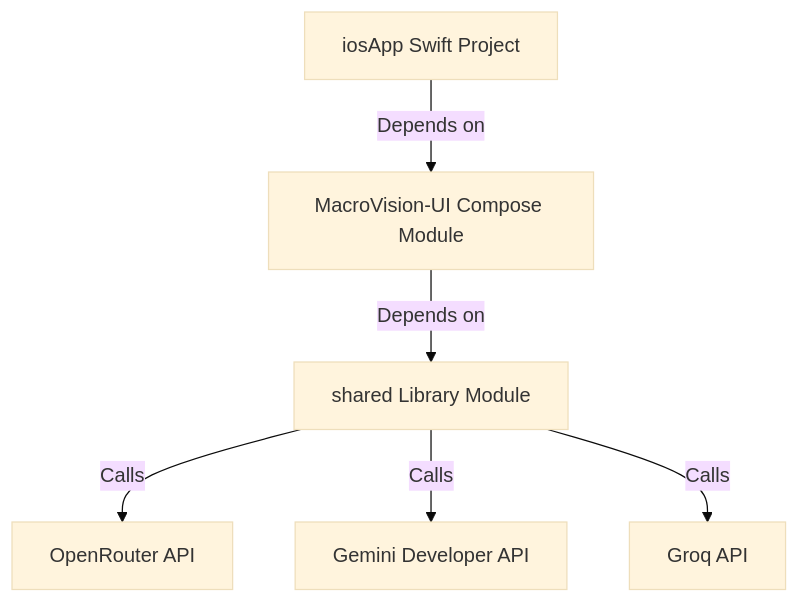
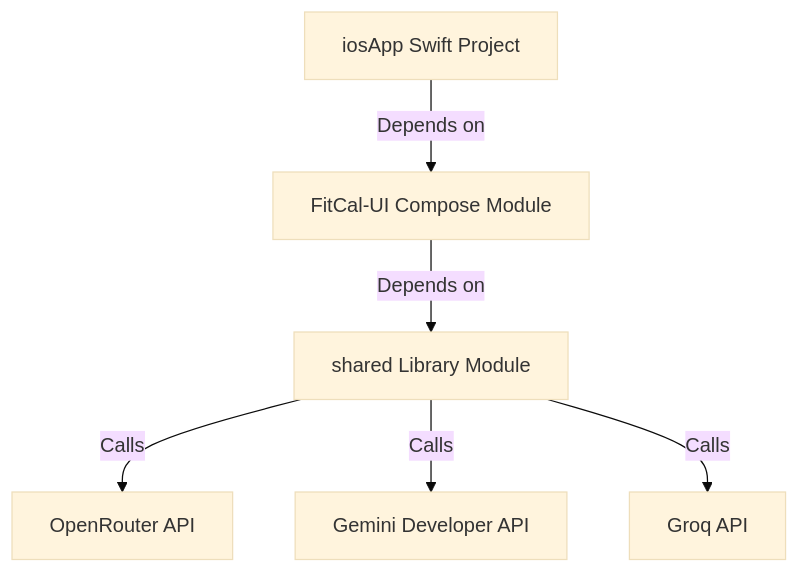
Before and after one commit to MarcoNoLimits/MacroVision-KMP: the diagram in README.md, drawn with Mermaid (base theme). The commit also changed other lines of this file and 237 other files, not shown here.

First line of the commit message:
refactor(rebrand): rebrand application, modules, packages, and services to FitCal

````diff
--- a/README.md
+++ b/README.md
@@ -19,8 +19,8 @@
 ```mermaid
 graph TD
-    iosApp[iosApp Swift Project] -->|Depends on| MacroVisionUI[MacroVision-UI Compose Module]
-    MacroVisionUI -->|Depends on| Shared[shared Library Module]
+    iosApp[iosApp Swift Project] -->|Depends on| FitCalUI[FitCal-UI Compose Module]
+    FitCalUI -->|Depends on| Shared[shared Library Module]
     Shared -->|Calls| OpenRouter[OpenRouter API]
     Shared -->|Calls| Gemini[Gemini Developer API]
     Shared -->|Calls| Groq[Groq API]
 ```
````
